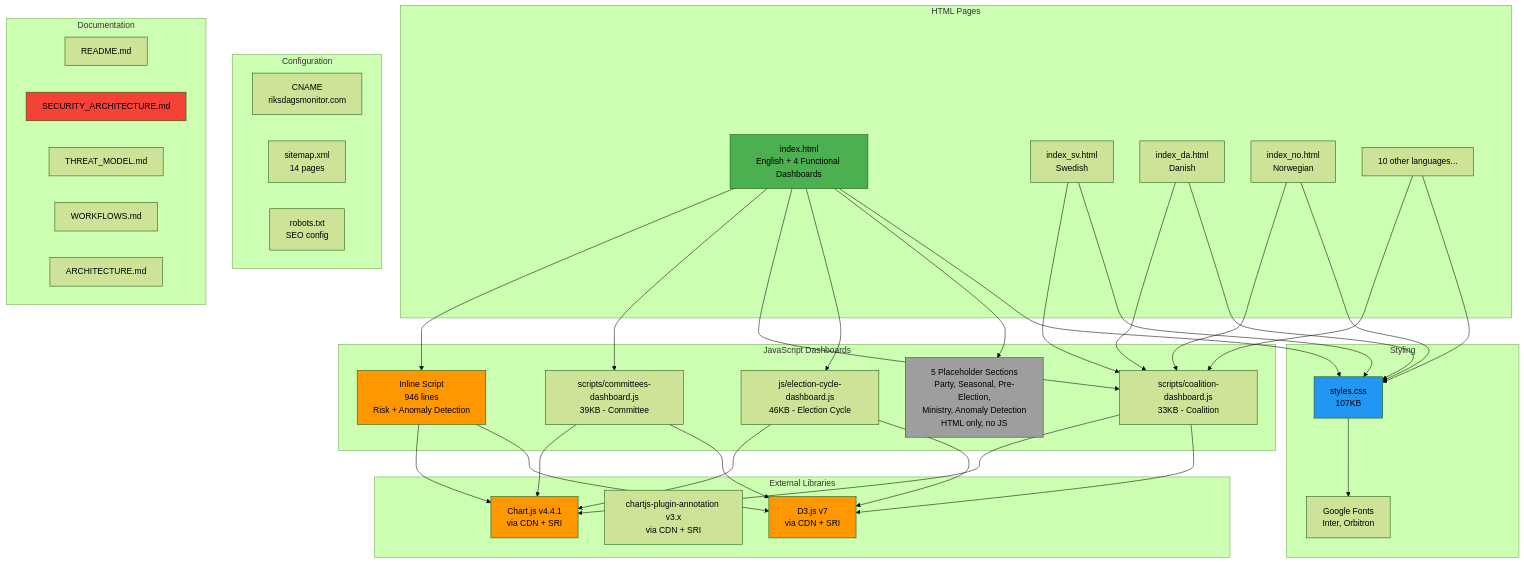
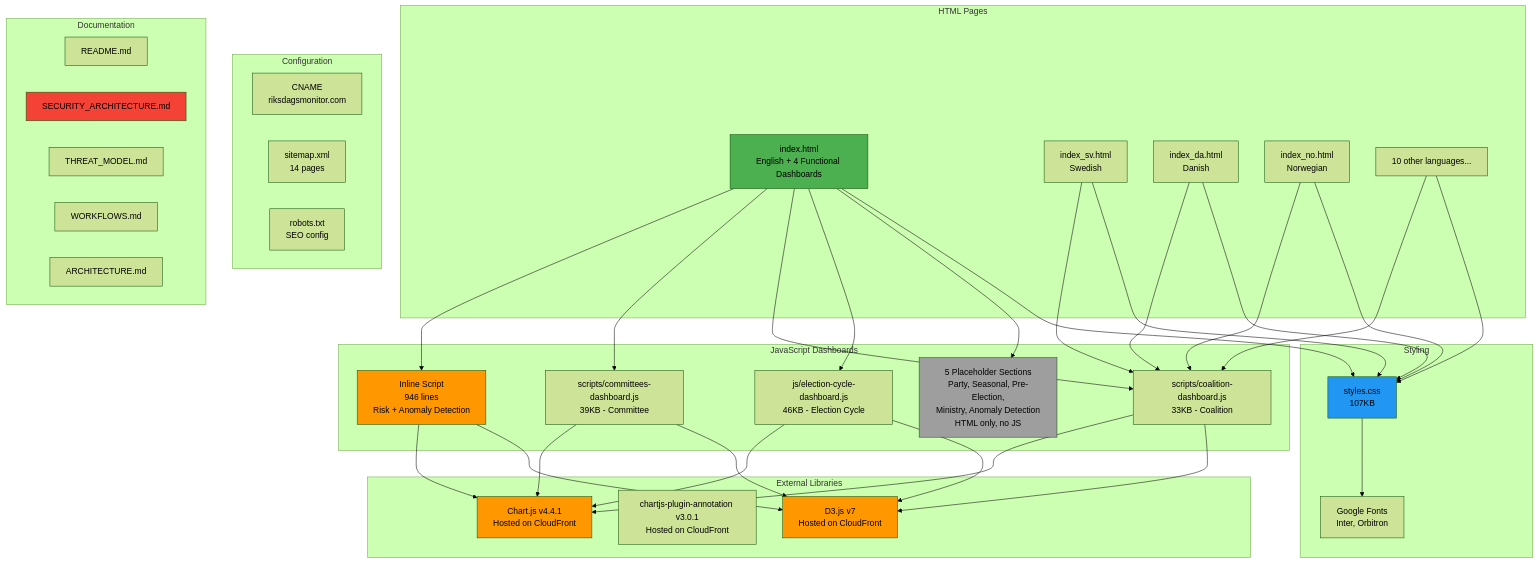
One commit to Hack23/riksdagsmonitor changed the fourth of 11 diagrams in ARCHITECTURE.md. Above: the diagram before and after it, drawn with Mermaid (forest theme). The commit also changed other lines of this file and 5 other files, not shown here.

Commit message:
Host Chart.js, D3.js, and chartjs-plugin-annotation locally on CloudFront

````diff
--- a/ARCHITECTURE.md
+++ b/ARCHITECTURE.md
@@ -176,78 +176,78 @@
 ```mermaid
 graph TD
     subgraph "HTML Pages"
         Index[index.html<br/>English + 4 Functional Dashboards]
         LangSV[index_sv.html<br/>Swedish]
         LangDA[index_da.html<br/>Danish]
         LangNO[index_no.html<br/>Norwegian]
         LangOther[10 other languages...]
     end
     
     subgraph "JavaScript Dashboards"
         InlineScript[Inline Script<br/>946 lines<br/>Risk + Anomaly Detection]
         ExtJS1[scripts/committees-dashboard.js<br/>39KB - Committee]
         ExtJS2[scripts/coalition-dashboard.js<br/>33KB - Coalition]
         ExtJS3[js/election-cycle-dashboard.js<br/>46KB - Election Cycle]
         Placeholders[5 Placeholder Sections<br/>Party, Seasonal, Pre-Election,<br/>Ministry, Anomaly Detection<br/>HTML only, no JS]
     end
     
     subgraph "Styling"
         CSS[styles.css<br/>107KB]
         Fonts[Google Fonts<br/>Inter, Orbitron]
     end
     
-    subgraph "External Libraries"
-        Chart[Chart.js v4.4.1<br/>via CDN + SRI]
-        ChartPlugin[chartjs-plugin-annotation v3.x<br/>via CDN + SRI]
-        D3[D3.js v7<br/>via CDN + SRI]
+    subgraph ExtLibs["External Libraries"]
+        Chart[Chart.js v4.4.1<br/>Hosted on CloudFront]
+        ChartPlugin[chartjs-plugin-annotation v3.0.1<br/>Hosted on CloudFront]
+        D3[D3.js v7<br/>Hosted on CloudFront]
     end
     
     subgraph "Configuration"
         CNAME[CNAME<br/>riksdagsmonitor.com]
         Sitemap[sitemap.xml<br/>14 pages]
         Robots[robots.txt<br/>SEO config]
     end
     
     subgraph "Documentation"
         Readme[README.md]
         Security[SECURITY_ARCHITECTURE.md]
         Threat[THREAT_MODEL.md]
         Workflows[WORKFLOWS.md]
         Arch[ARCHITECTURE.md]
     end
     
     Index --> InlineScript
     Index --> ExtJS1
     Index --> ExtJS2
     Index --> ExtJS3
     Index --> Placeholders
     Index --> CSS
     
     LangSV --> ExtJS2
     LangSV --> CSS
     LangDA --> ExtJS2
     LangDA --> CSS
     LangNO --> ExtJS2
     LangNO --> CSS
     LangOther --> ExtJS2
     LangOther --> CSS
     
     InlineScript --> Chart
     InlineScript --> D3
     ExtJS1 --> Chart
     ExtJS1 --> D3
     ExtJS2 --> Chart
     ExtJS2 --> D3
     ExtJS3 --> Chart
     ExtJS3 --> D3
     
     CSS --> Fonts
     
     style Index fill:#4caf50
     style InlineScript fill:#ff9800
     style Placeholders fill:#9e9e9e
     style CSS fill:#2196f3
     style Chart fill:#ff9800
     style D3 fill:#ff9800
     style Security fill:#f44336
 ```
````
